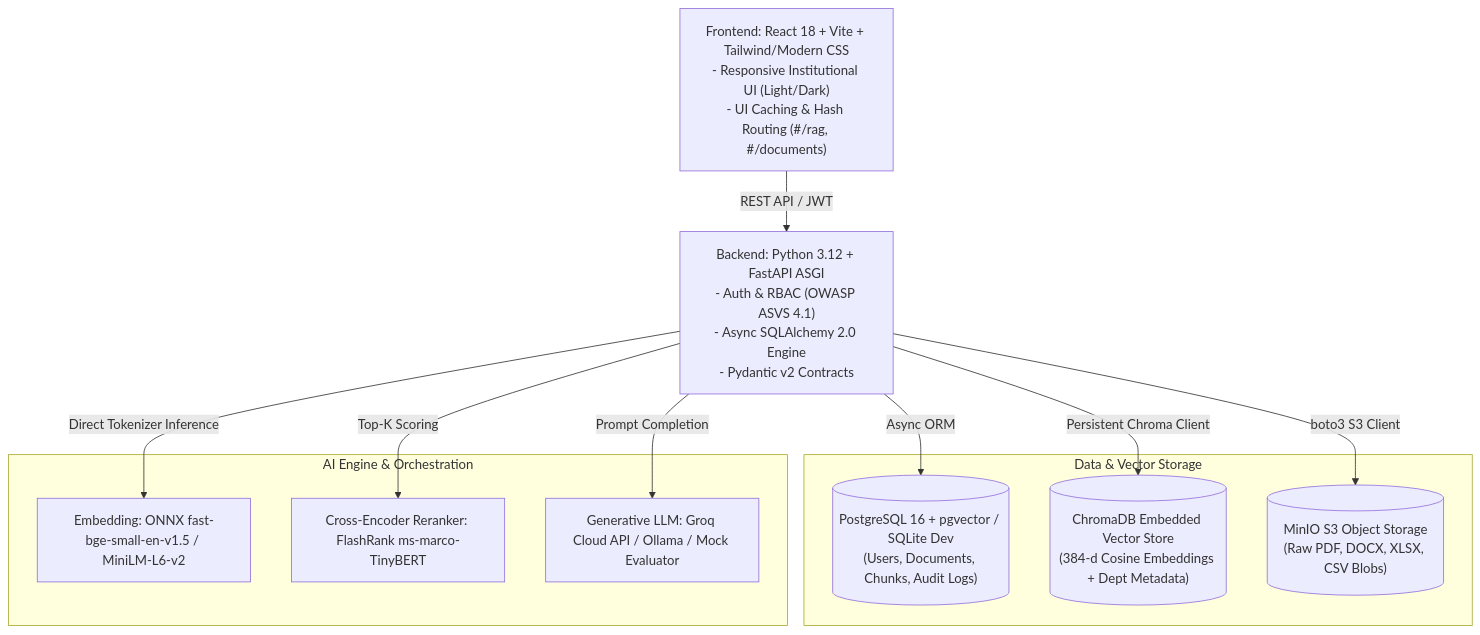
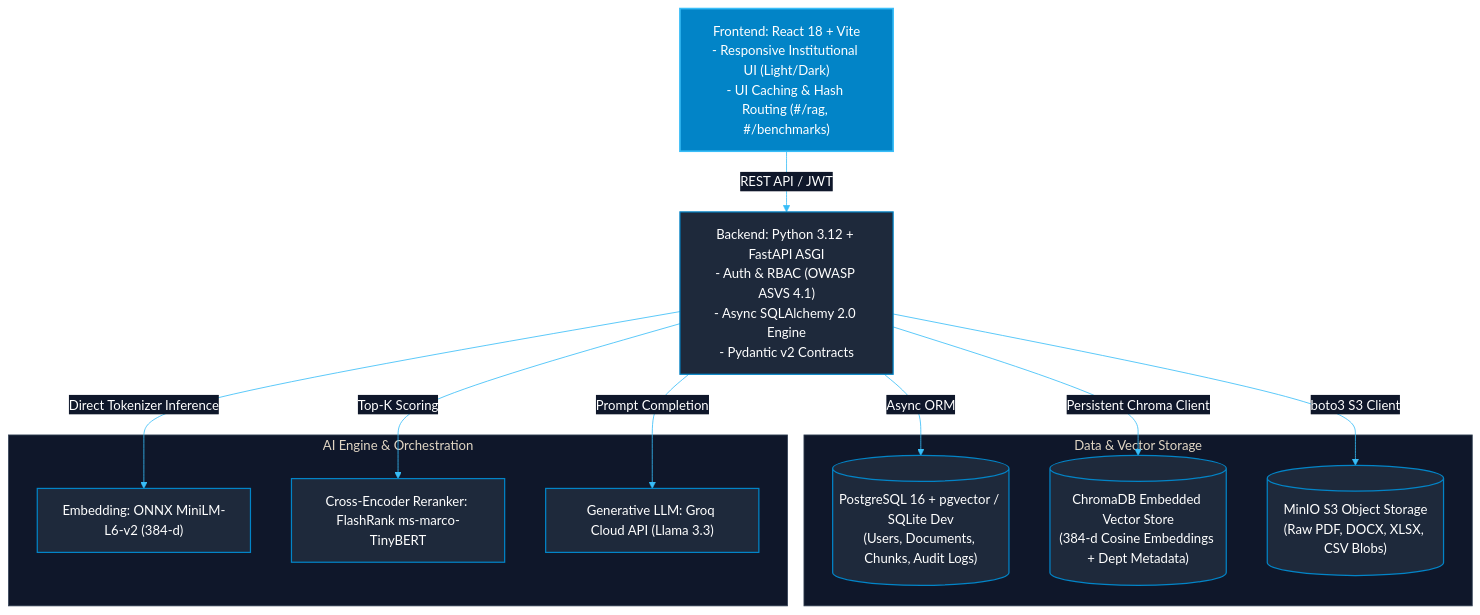
One commit to abhay-patil-cse27/concord-ikms changed the diagram in docs/Tech_Stack.md. Above: the diagram before and after it, drawn with Mermaid. The commit also changed 7 other files, not shown here.

Commit message:
docs: standardize high-contrast mermaid diagrams for github light/dark mode, clean readme table, and fix benchmark caching

````diff
--- a/docs/Tech_Stack.md
+++ b/docs/Tech_Stack.md
@@ -5,26 +5,31 @@
 ```mermaid
+%%{init: {'theme': 'base', 'themeVariables': { 'primaryColor': '#0284c7', 'primaryTextColor': '#ffffff', 'primaryBorderColor': '#0369a1', 'lineColor': '#38bdf8', 'secondaryColor': '#0f172a', 'tertiaryColor': '#1e293b', 'clusterBkg': '#0f172a', 'clusterBorder': '#334155', 'fontFamily': 'Inter, sans-serif'}}}%%
 graph TD
-    Client["Frontend: React 18 + Vite + Tailwind/Modern CSS\n- Responsive Institutional UI (Light/Dark)\n- UI Caching & Hash Routing (#/rag, #/documents)"]
+    Client["Frontend: React 18 + Vite<br/>- Responsive Institutional UI (Light/Dark)<br/>- UI Caching & Hash Routing (#/rag, #/benchmarks)"]
     
-    API["Backend: Python 3.12 + FastAPI ASGI\n- Auth & RBAC (OWASP ASVS 4.1)\n- Async SQLAlchemy 2.0 Engine\n- Pydantic v2 Contracts"]
+    API["Backend: Python 3.12 + FastAPI ASGI<br/>- Auth & RBAC (OWASP ASVS 4.1)<br/>- Async SQLAlchemy 2.0 Engine<br/>- Pydantic v2 Contracts"]
     
     subgraph Storage_Databases ["Data & Vector Storage"]
-        PG[("PostgreSQL 16 + pgvector / SQLite Dev\n(Users, Documents, Chunks, Audit Logs)")]
-        Chroma[("ChromaDB Embedded Vector Store\n(384-d Cosine Embeddings + Dept Metadata)")]
-        MinIO[("MinIO S3 Object Storage\n(Raw PDF, DOCX, XLSX, CSV Blobs)")]
+        PG[("PostgreSQL 16 + pgvector / SQLite Dev<br/>(Users, Documents, Chunks, Audit Logs)")]
+        Chroma[("ChromaDB Embedded Vector Store<br/>(384-d Cosine Embeddings + Dept Metadata)")]
+        MinIO[("MinIO S3 Object Storage<br/>(Raw PDF, DOCX, XLSX, CSV Blobs)")]
     end
     
     subgraph AI_Intelligence ["AI Engine & Orchestration"]
-        Embed["Embedding: ONNX fast-bge-small-en-v1.5 / MiniLM-L6-v2"]
+        Embed["Embedding: ONNX MiniLM-L6-v2 (384-d)"]
         Rerank["Cross-Encoder Reranker: FlashRank ms-marco-TinyBERT"]
-        LLM["Generative LLM: Groq Cloud API / Ollama / Mock Evaluator"]
+        LLM["Generative LLM: Groq Cloud API (Llama 3.3)"]
     end
 
     Client -->|REST API / JWT| API
     API -->|Async ORM| PG
     API -->|Persistent Chroma Client| Chroma
     API -->|boto3 S3 Client| MinIO
     API -->|Direct Tokenizer Inference| Embed
     API -->|Top-K Scoring| Rerank
     API -->|Prompt Completion| LLM
+
+    classDef default fill:#1e293b,stroke:#0284c7,stroke-width:1.5px,color:#ffffff;
+    classDef clientClass fill:#0284c7,stroke:#38bdf8,stroke-width:2px,color:#ffffff;
+    class Client clientClass;
 ```
````
